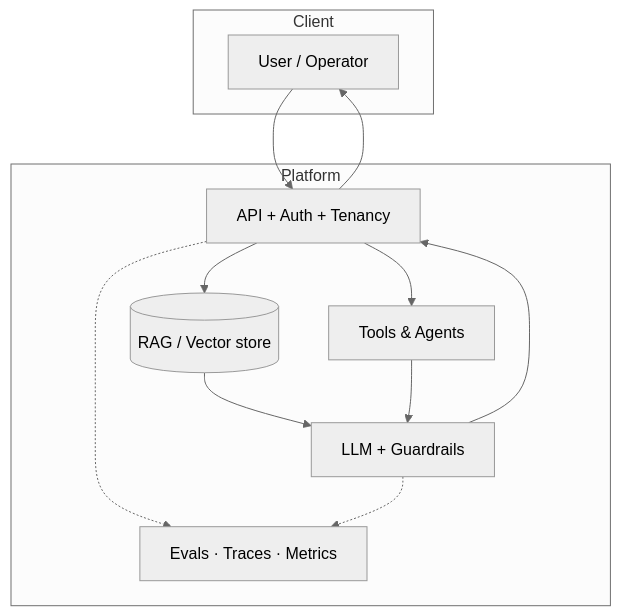
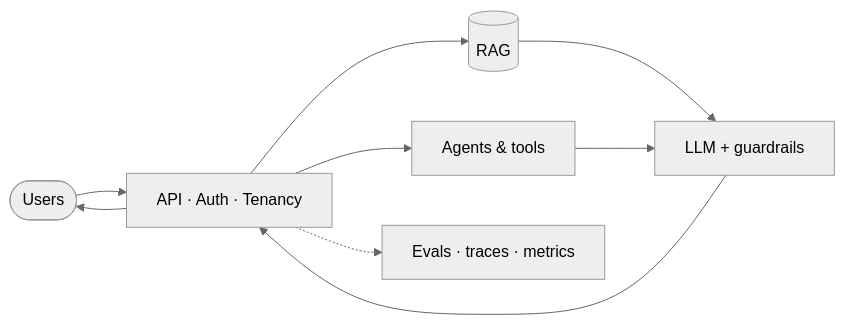
The diagram in README.md (Nikeshh/Nikeshh), drawn with Mermaid (neutral theme) before and after one commit. The commit also changed other lines of this file and 7 other files, not shown here.

````diff
--- a/README.md
+++ b/README.md
@@ -100,22 +97,11 @@
 ```mermaid
-flowchart TB
-  subgraph Client
-    U[User / Operator]
-  end
-  subgraph Platform
-    API[API + Auth + Tenancy]
-    RAG[(RAG / Vector store)]
-    T[Tools & Agents]
-    LLM[LLM + Guardrails]
-    OBS[Evals · Traces · Metrics]
-  end
-  U --> API
-  API --> RAG
-  API --> T
-  RAG --> LLM
-  T --> LLM
+flowchart LR
+  U([Users]) --> API[API · Auth · Tenancy]
+  API --> RAG[(RAG)]
+  API --> AG[Agents & tools]
+  RAG --> LLM[LLM + guardrails]
+  AG --> LLM
   LLM --> API
   API --> U
-  API -.-> OBS
-  LLM -.-> OBS
+  API -.-> OBS[Evals · traces · metrics]
 ```
````
